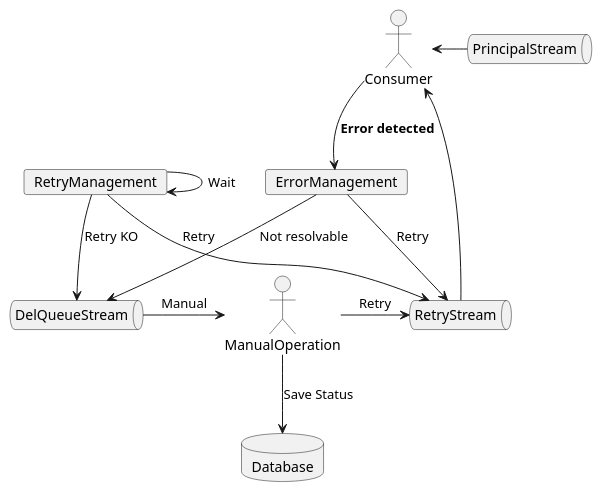
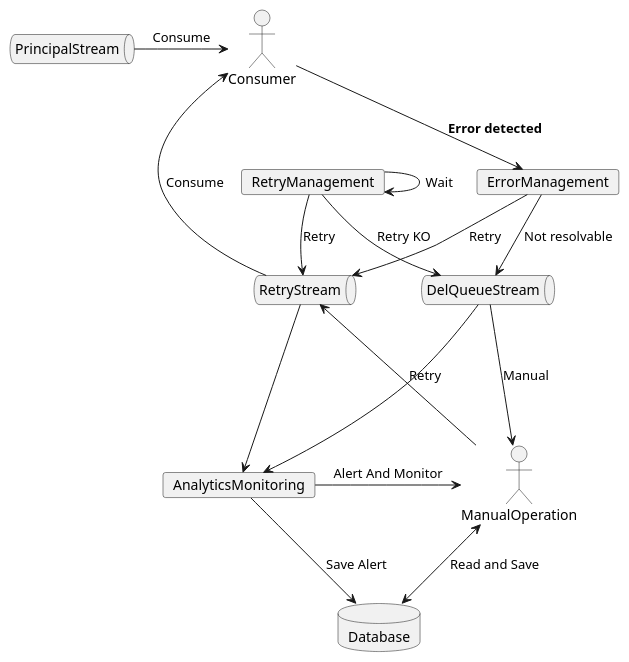
One commit to buidiaconseil/ErrorManagementPattern changed the diagram in errorFlow.wsd. Above: the diagram before and after it, drawn with PlantUML. The commit also changed 1 other file, not shown here.

Commit message:
Add State graph

```diff
--- a/errorFlow.wsd
+++ b/errorFlow.wsd
@@ -1,22 +1,28 @@
 @startuml
 queue PrincipalStream
 card ErrorManagement
 queue RetryStream
 card RetryManagement
+card AnalyticsMonitoring
+
 actor ManualOperation
 actor Consumer
 queue DelQueueStream
 database Database
 Consumer --> ErrorManagement : **Error detected**
 ErrorManagement --> RetryStream : Retry
 RetryManagement --> RetryStream : Retry
 RetryManagement --> RetryManagement : Wait
 RetryManagement --> DelQueueStream : Retry KO
 
 ErrorManagement --> DelQueueStream : Not resolvable
 DelQueueStream -> ManualOperation : Manual 
-ManualOperation --> Database : Save Status
+ManualOperation <--> Database : Read and Save
 ManualOperation -> RetryStream : Retry
-Consumer <- PrincipalStream
-Consumer <- RetryStream
+Consumer <-l- PrincipalStream : Consume
+Consumer <- RetryStream  : Consume
+RetryStream ---> AnalyticsMonitoring 
+DelQueueStream --->AnalyticsMonitoring 
+AnalyticsMonitoring->ManualOperation : Alert And Monitor
+AnalyticsMonitoring -> Database  : Save Alert
 @enduml
```
